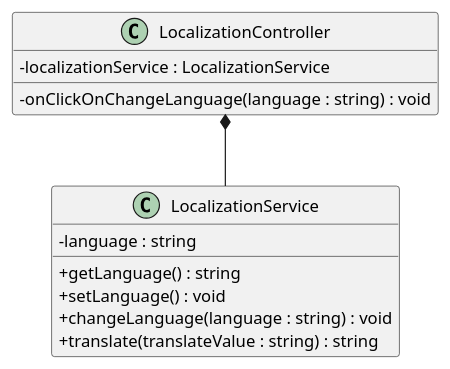
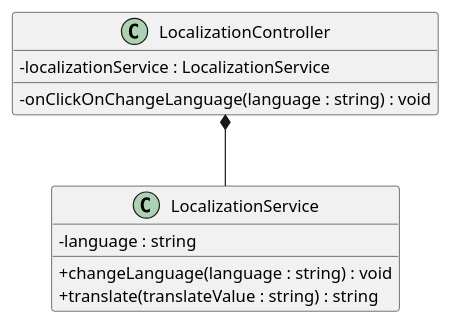
One commit to CPNV-ES/RIA-EggFlix changed the diagram in doc/localization.puml. Above: the diagram before and after it, drawn with PlantUML.

Commit message:
fix : remove unused methods

```diff
--- a/doc/localization.puml
+++ b/doc/localization.puml
@@ -1,23 +1,21 @@
 @startuml Class Diagram
 skinparam classAttributeIconSize 0
 
 /'
 Class Diagram for the localization system for EggFlix
 '/
 
 class LocalizationService {
     - language : string
-    + getLanguage() : string
-    + setLanguage() : void
     + changeLanguage(language : string) : void
     + translate(translateValue : string) : string
 }
 
 class LocalizationController {
     - localizationService : LocalizationService
     - onClickOnChangeLanguage(language : string) : void
 }
 
 LocalizationController *-- LocalizationService
 
 @enduml
```
